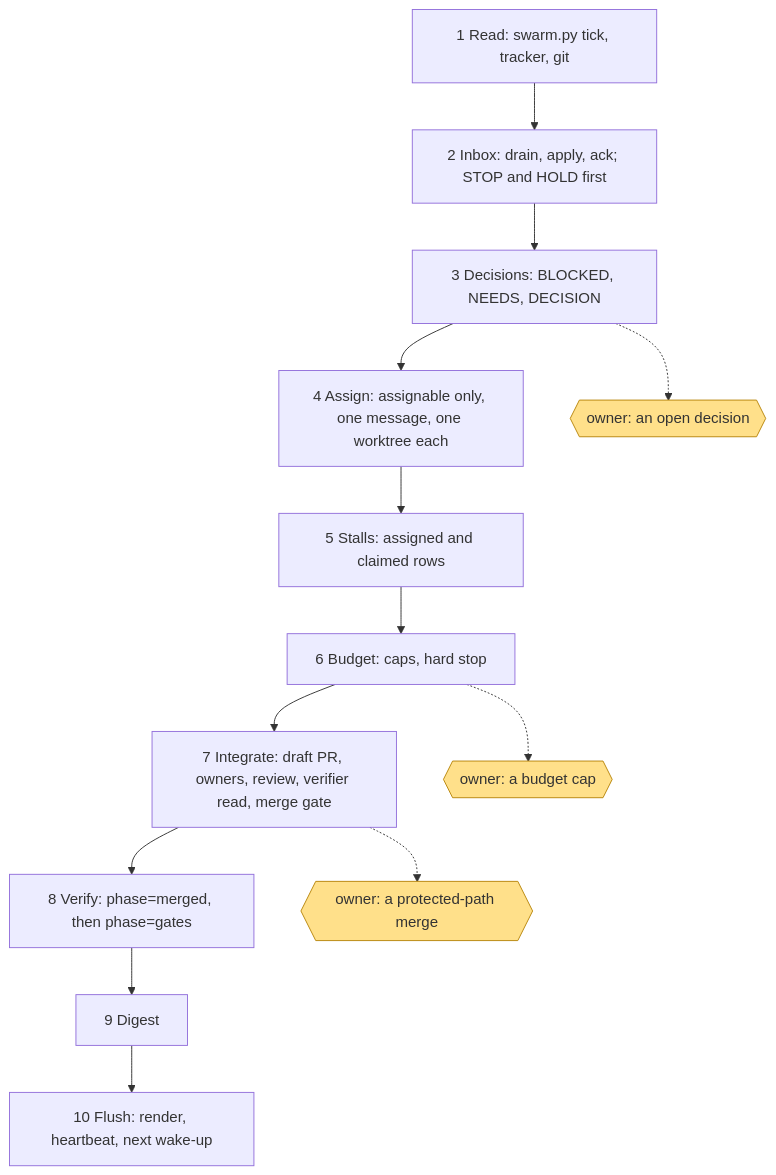
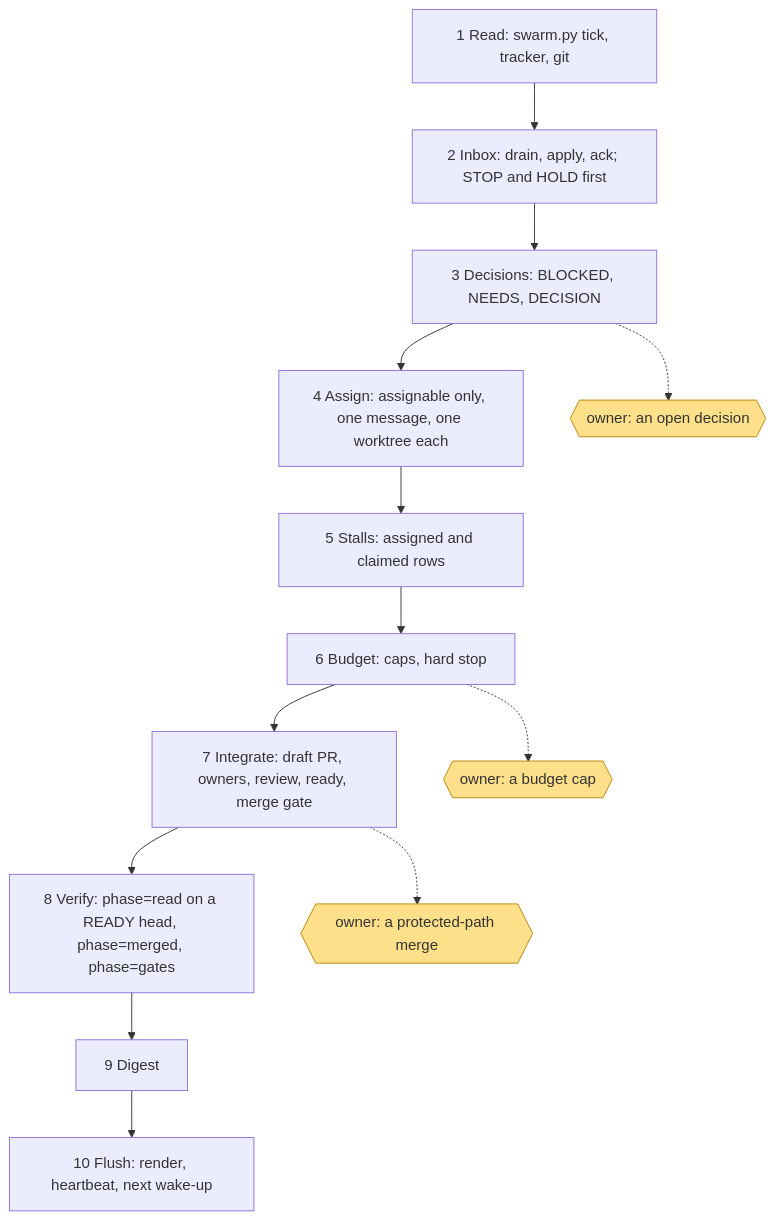
Before and after one commit to MdaaaaO/ai-baton: the diagram in skills/swarm-run/reference/flow.md, drawn with Mermaid. The commit also changed 4 other files, not shown here.

````diff
--- a/skills/swarm-run/reference/flow.md
+++ b/skills/swarm-run/reference/flow.md
@@ -6,17 +6,17 @@
 ```mermaid
 flowchart TD
   R[1 Read: swarm.py tick, tracker, git] --> I[2 Inbox: drain, apply, ack; STOP and HOLD first]
   I --> D[3 Decisions: BLOCKED, NEEDS, DECISION]
   D --> A[4 Assign: assignable only, one message, one worktree each]
   A --> S[5 Stalls: assigned and claimed rows]
   S --> B[6 Budget: caps, hard stop]
-  B --> G[7 Integrate: draft PR, owners, review, verifier read, merge gate]
-  G --> V[8 Verify: phase=merged, then phase=gates]
+  B --> G[7 Integrate: draft PR, owners, review, ready, merge gate]
+  G --> V[8 Verify: phase=read on a READY head, phase=merged, phase=gates]
   V --> DG[9 Digest]
   DG --> F[10 Flush: render, heartbeat, next wake-up]
   D -.-> HD{{owner: an open decision}}
   B -.-> HB{{owner: a budget cap}}
   G -.-> HM{{owner: a protected-path merge}}
   classDef human fill:#ffe08a,stroke:#b8860b
   class HD,HB,HM human
 ```
````
